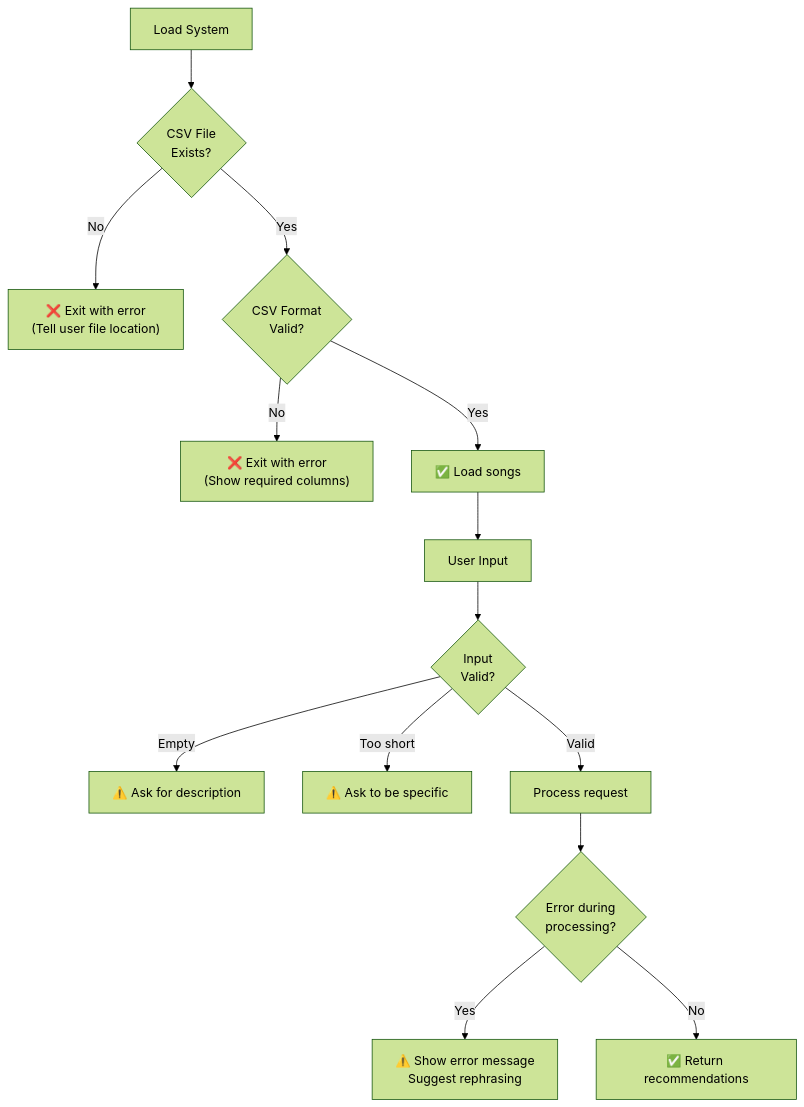
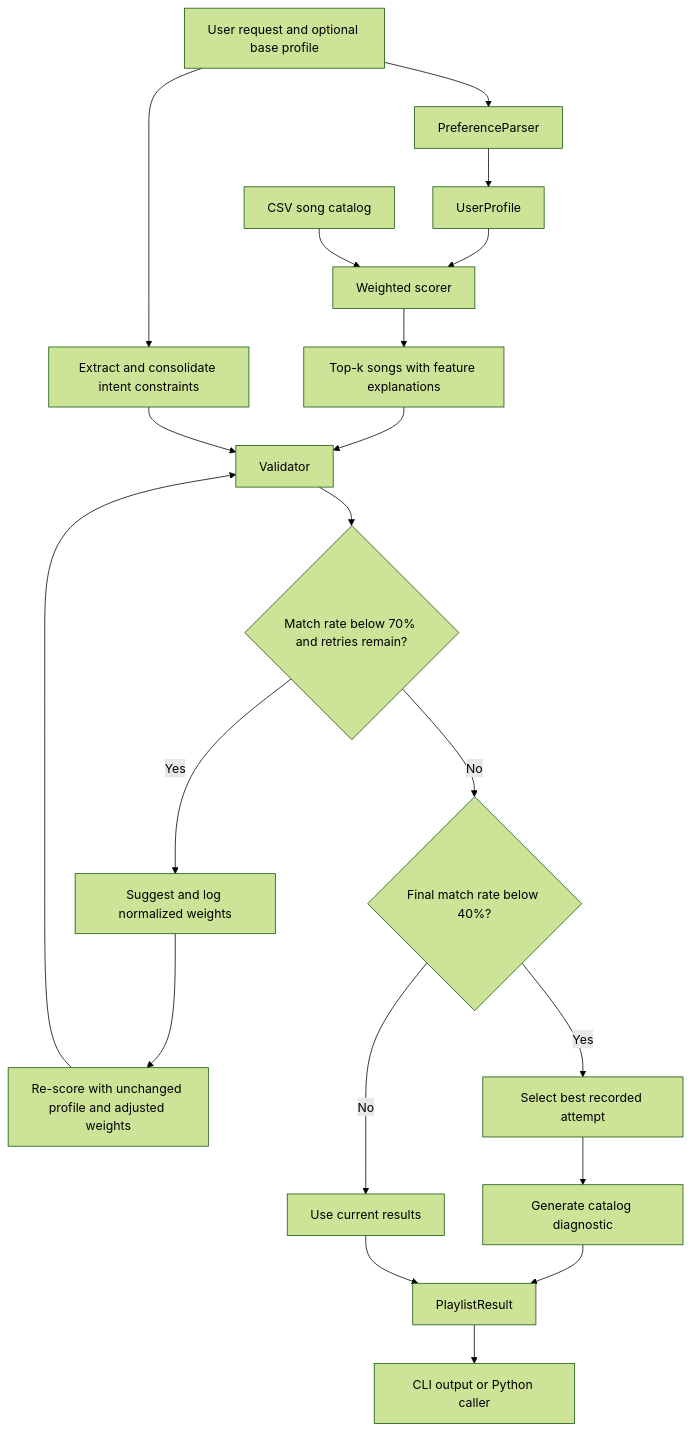
One commit to ZachR36/applied-ai-system-project changed the diagram in diagrams/system_diagram.md. Above: the diagram before and after it, drawn with Mermaid (forest theme). The commit also changed other lines of this file and 10 other files, not shown here.

Commit message:
Had Codex produce new song data from a source it found. Fixed scorer so it uses the adjusted weights after validation failure

````diff
--- a/diagrams/system_diagram.md
+++ b/diagrams/system_diagram.md
@@ -147,16 +5,22 @@
 ```mermaid
-graph TD
-    A["Load System"] --> B{CSV File<br/>Exists?}
-    B -->|No| C["❌ Exit with error<br/>(Tell user file location)"]
-    B -->|Yes| D{CSV Format<br/>Valid?}
-    D -->|No| E["❌ Exit with error<br/>(Show required columns)"]
-    D -->|Yes| F["✅ Load songs"]
-    
-    F --> G["User Input"] --> H{Input<br/>Valid?}
-    H -->|Empty| I["⚠️  Ask for description"]
-    H -->|Too short| J["⚠️  Ask to be specific"]
-    H -->|Valid| K["Process request"]
-    K --> L{Error during<br/>processing?}
-    L -->|Yes| M["⚠️  Show error message<br/>Suggest rephrasing"]
-    L -->|No| N["✅ Return recommendations"]
+flowchart TD
+    A[User request and optional base profile] --> B[PreferenceParser]
+    B --> C[UserProfile]
+    C --> D[Weighted scorer]
+    Catalog[CSV song catalog] --> D
+    D --> E[Top-k songs with feature explanations]
+    A --> F[Extract and consolidate intent constraints]
+    E --> G[Validator]
+    F --> G
+    G --> H{Match rate below 70% and retries remain?}
+    H -->|Yes| I[Suggest and log normalized weights]
+    I --> J[Re-score with unchanged profile and adjusted weights]
+    J --> G
+    H -->|No| K{Final match rate below 40%?}
+    K -->|Yes| L[Select best recorded attempt]
+    L --> M[Generate catalog diagnostic]
+    K -->|No| N[Use current results]
+    M --> O[PlaylistResult]
+    N --> O
+    O --> P[CLI output or Python caller]
 ```
````
